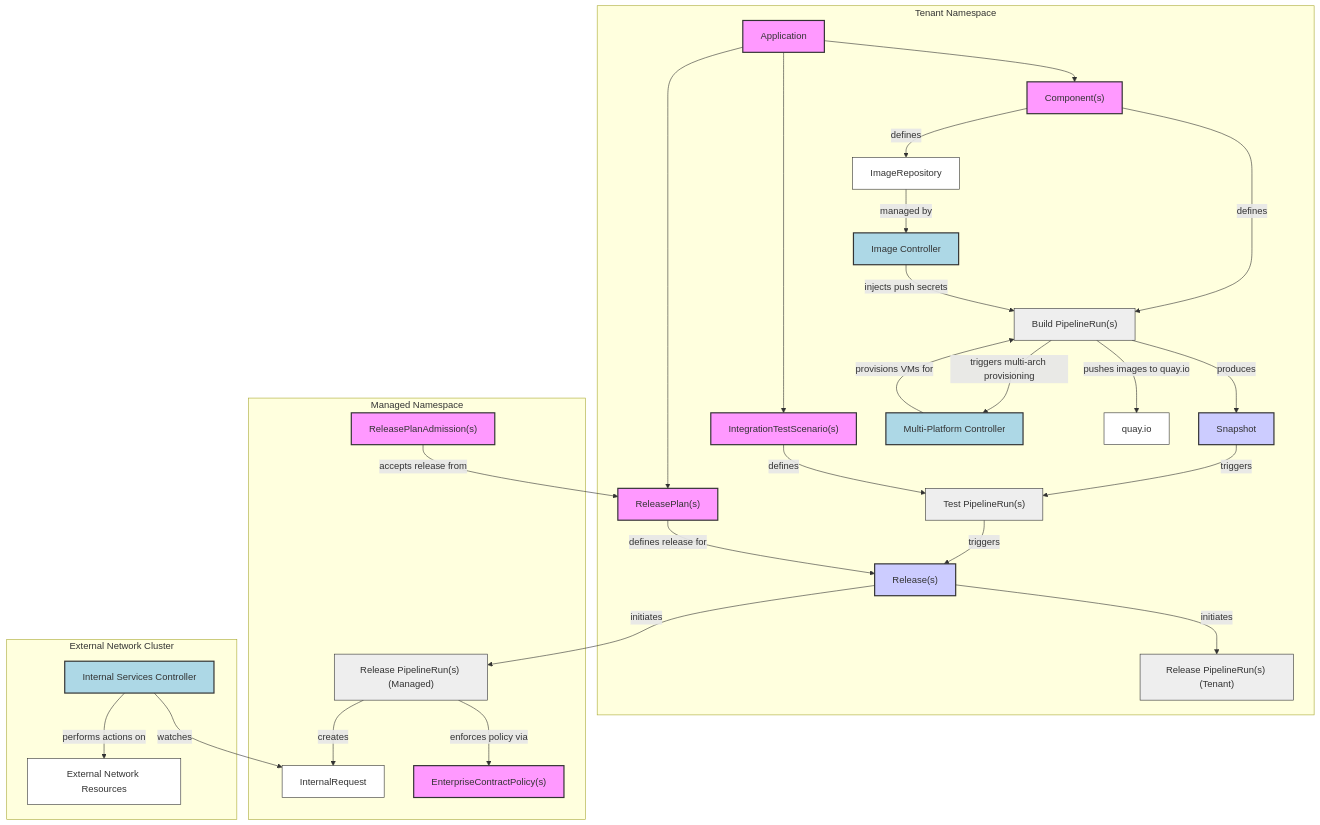
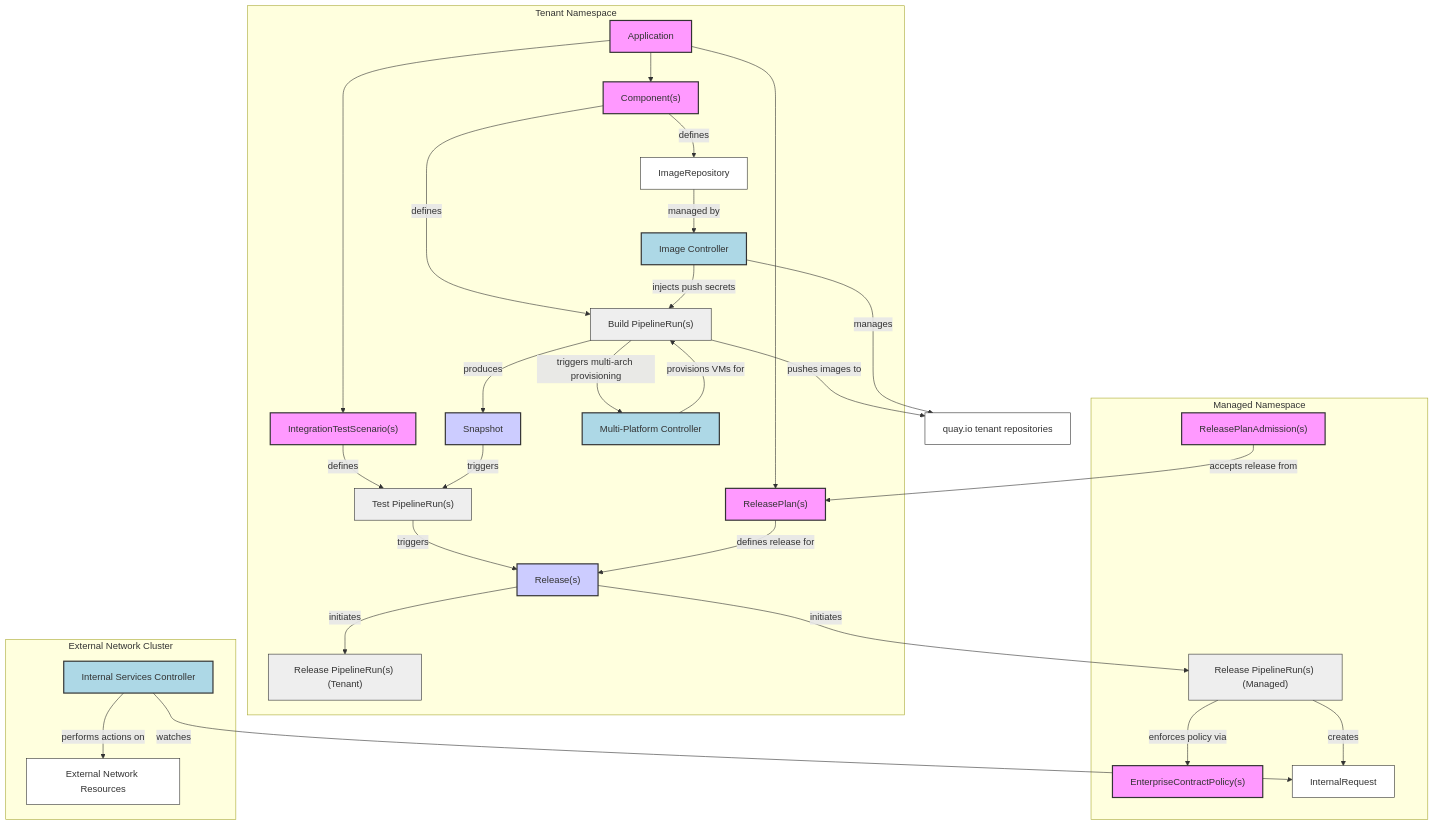
Before and after one commit to konflux-ci/architecture: the first of 2 diagrams in architecture/add-ons/index.md, drawn with Mermaid.

Commit message:
Move quay.io outside the tenant namespace

````diff
--- a/architecture/add-ons/index.md
+++ b/architecture/add-ons/index.md
@@ -7,68 +7,71 @@
 ```mermaid
 graph TD
     subgraph tenant[Tenant Namespace]
         App[Application] --> Comp["Component(s)"]
         App --> ITS["IntegrationTestScenario(s)"]
         App --> RP["ReleasePlan(s)"]
 
         Comp -- defines --> BPR["Build PipelineRun(s)"]
         BPR -- produces --> Snap["Snapshot"]
         ITS -- defines --> TPR["Test PipelineRun(s)"]
         Snap -- triggers --> TPR
         TPR -- triggers --> Release["Release(s)"]
         RP -- defines release for --> Release
 
         Release -- initiates --> PR["Release PipelineRun(s) (Tenant)"]
         Comp -- defines --> IR["ImageRepository"]
         IR -- managed by --> IC["Image Controller"]
         IC -- injects push secrets --> BPR
-        BPR -- pushes images to quay.io --> QIO["quay.io"]
         BPR -- triggers multi-arch provisioning --> MPC["Multi-Platform Controller"]
         MPC -- provisions VMs for --> BPR
     end
+
+    QIO["quay.io tenant repositories"]
+    BPR -- pushes images to --> QIO
+    IC -- manages --> QIO
 
     subgraph managed[Managed Namespace]
         RPA["ReleasePlanAdmission(s)"]
         ECP["EnterpriseContractPolicy(s)"]
 
         Release -- initiates --> PRM["Release PipelineRun(s) (Managed)"]
         RPA -- accepts release from --> RP
         PRM -- enforces policy via --> ECP
         PRM -- creates --> IRR["InternalRequest"]
     end
 
     subgraph external[External Network Cluster]
         ISC["Internal Services Controller"]
         ISC -- watches --> IRR
         ISC -- performs actions on --> EXT["External Network Resources"]
     end
 
     style App fill:#f9f,stroke:#333,stroke-width:2px
     style Comp fill:#f9f,stroke:#333,stroke-width:2px
     style Snap fill:#ccf,stroke:#333,stroke-width:2px
     style ITS fill:#f9f,stroke:#333,stroke-width:2px
     style RP fill:#f9f,stroke:#333,stroke-width:2px
     style Release fill:#ccf,stroke:#333,stroke-width:2px
     style PR fill:#eee,stroke:#333,stroke-width:1px
     style PRM fill:#eee,stroke:#333,stroke-width:1px
     style BPR fill:#eee,stroke:#333,stroke-width:1px
     style TPR fill:#eee,stroke:#333,stroke-width:1px
     style RPA fill:#f9f,stroke:#333,stroke-width:2px
     style ECP fill:#f9f,stroke:#333,stroke-width:2px
     style IC fill:#add8e6,stroke:#333,stroke-width:2px
     style QIO fill:#fff,stroke:#333,stroke-width:1px
     style MPC fill:#add8e6,stroke:#333,stroke-width:2px
     style IR fill:#fff,stroke:#333,stroke-width:1px
     style IRR fill:#fff,stroke:#333,stroke-width:1px
     style ISC fill:#add8e6,stroke:#333,stroke-width:2px
     style EXT fill:#fff,stroke:#333,stroke-width:1px
 
     classDef controlPlane fill:#f9f,stroke:#333,stroke-width:2px;
     class App,Comp,ITS,RP,RPA,ECP,IC,MPC,ISC controlPlane;
 
     classDef dataPlane fill:#ccf,stroke:#333,stroke-width:2px;
     class Snap,Release dataPlane;
 
     classDef tekton fill:#eee,stroke:#333,stroke-width:1px;
     class PR,PRM,BPR,TPR tekton;
 ```
````
